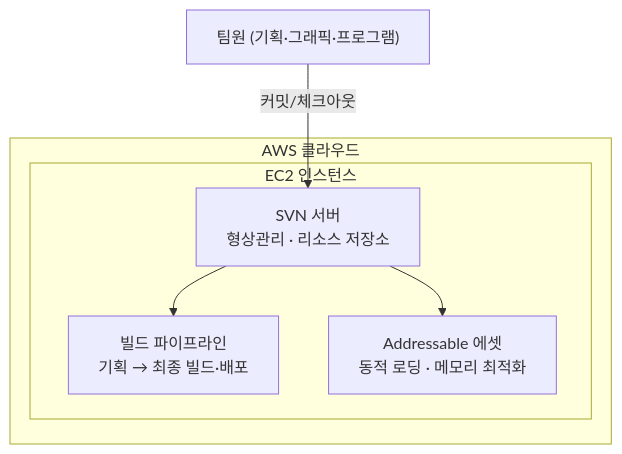
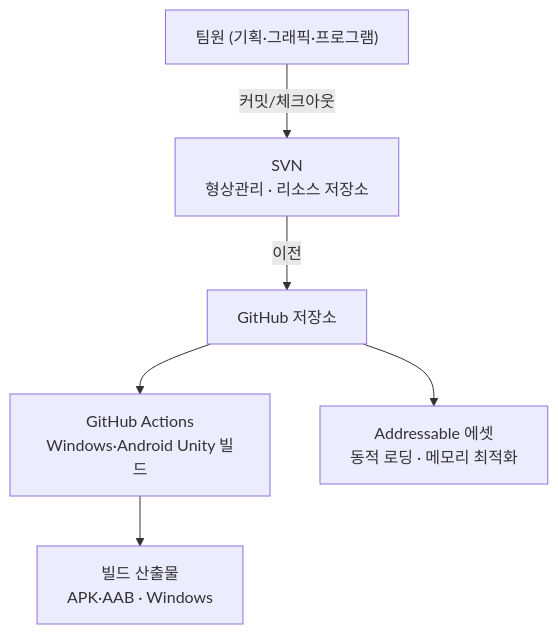
Before and after one commit to JJH0204/JJH0204: the diagram in docs/svc-03-cloud-pipeline.md, drawn with Mermaid. The commit also changed other lines of this file and 2 other files, not shown here.

Commit message:
근거 없는 AWS SVN 문구를 프로필과 포트폴리오에서 정리

````diff
--- a/docs/svc-03-cloud-pipeline.md
+++ b/docs/svc-03-cloud-pipeline.md
@@ -21,14 +21,8 @@
 ```mermaid
 flowchart TB
     TM["팀원 (기획·그래픽·프로그램)"] -->|커밋/체크아웃| SVN
-
-    subgraph AWS["AWS 클라우드"]
-        subgraph EC2["EC2 인스턴스"]
-            SVN["SVN 서버<br/>형상관리 · 리소스 저장소"]
-            BUILD["빌드 파이프라인<br/>기획 → 최종 빌드·배포"]
-            ADDR["Addressable 에셋<br/>동적 로딩 · 메모리 최적화"]
-            SVN --> BUILD
-            SVN --> ADDR
-        end
-    end
+    SVN["SVN<br/>형상관리 · 리소스 저장소"] -->|이전| GH
+    GH["GitHub 저장소"] --> CI["GitHub Actions<br/>Windows·Android Unity 빌드"]
+    GH --> ADDR["Addressable 에셋<br/>동적 로딩 · 메모리 최적화"]
+    CI --> OUT["빌드 산출물<br/>APK·AAB · Windows"]
 ```
````
